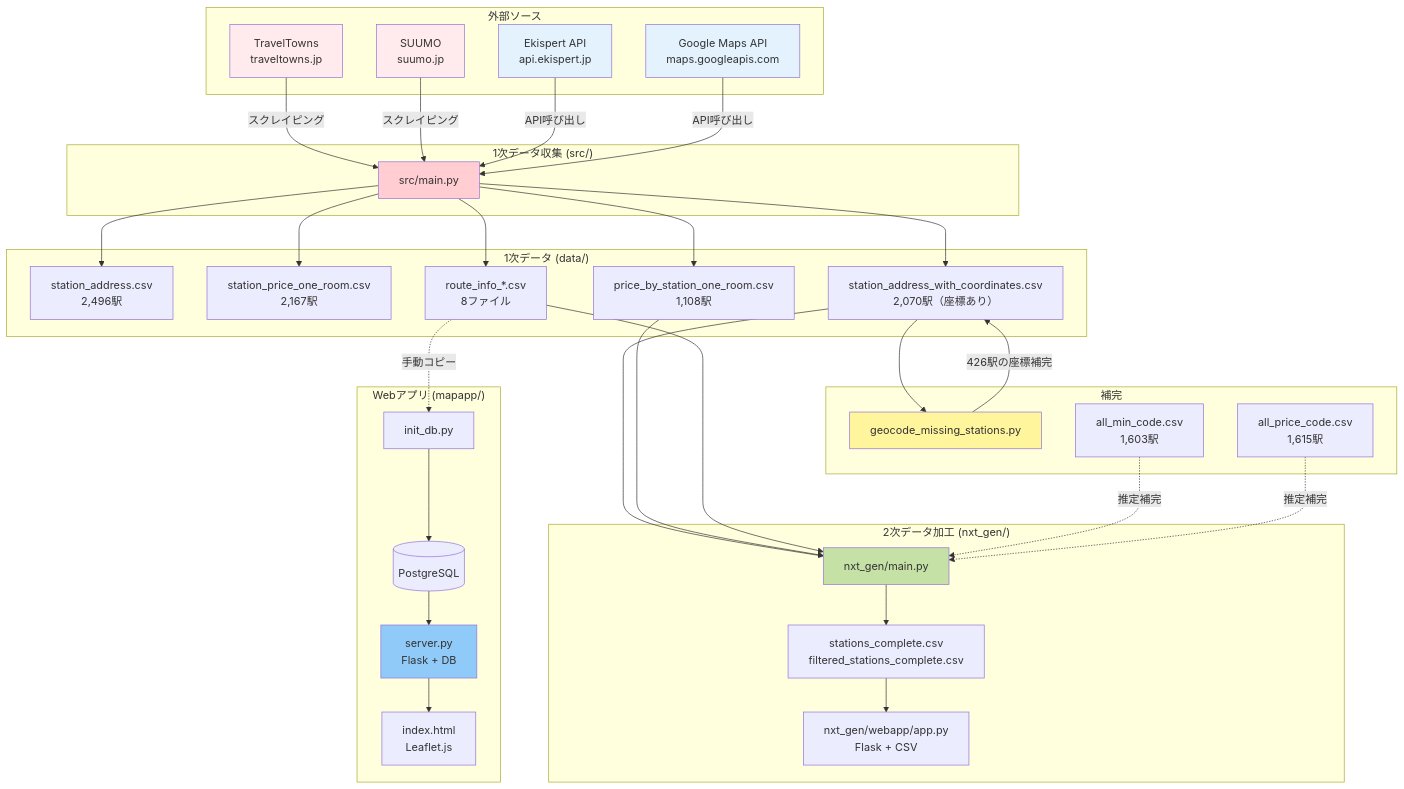
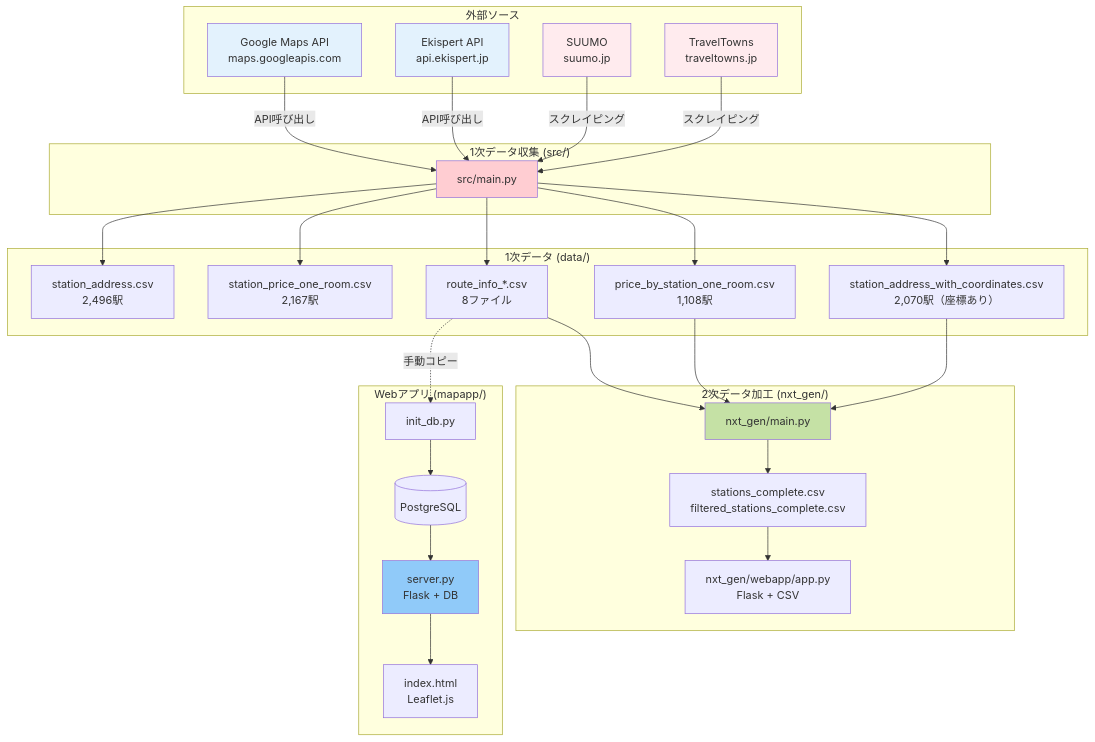
Before and after one commit to masa350z/stationscraper: the fifth of 5 diagrams in PROJECT_OVERVIEW.md, drawn with Mermaid. The commit also changed other lines of this file and 23 other files, not shown here.

````diff
--- a/PROJECT_OVERVIEW.md
+++ b/PROJECT_OVERVIEW.md
@@ -629,77 +504,65 @@
 ```mermaid
 flowchart TB
     subgraph "外部ソース"
         WEB1[TravelTowns<br/>traveltowns.jp]
         WEB2[SUUMO<br/>suumo.jp]
         API1[Ekispert API<br/>api.ekispert.jp]
         API2[Google Maps API<br/>maps.googleapis.com]
     end
 
     subgraph "1次データ収集 (src/)"
         SRC_MAIN[src/main.py]
     end
 
     subgraph "1次データ (data/)"
         CSV1[station_address.csv<br/>2,496駅]
         CSV2[station_price_one_room.csv<br/>2,167駅]
         CSV3[price_by_station_one_room.csv<br/>1,108駅]
         CSV4[route_info_*.csv<br/>8ファイル]
         CSV5[station_address_with_coordinates.csv<br/>2,070駅（座標あり）]
-    end
-
-    subgraph "補完"
-        SCRIPT[geocode_missing_stations.py]
-        FALL1[all_min_code.csv<br/>1,603駅]
-        FALL2[all_price_code.csv<br/>1,615駅]
     end
 
     subgraph "2次データ加工 (nxt_gen/)"
         NXT_MAIN[nxt_gen/main.py]
         NXT_DATA[stations_complete.csv<br/>filtered_stations_complete.csv]
         NXT_APP[nxt_gen/webapp/app.py<br/>Flask + CSV]
     end
 
     subgraph "Webアプリ (mapapp/)"
         MAP_INIT[init_db.py]
         MAP_DB[(PostgreSQL)]
         MAP_APP[server.py<br/>Flask + DB]
         MAP_FRONT[index.html<br/>Leaflet.js]
     end
 
     WEB1 -->|スクレイピング| SRC_MAIN
     WEB2 -->|スクレイピング| SRC_MAIN
     API1 -->|API呼び出し| SRC_MAIN
     API2 -->|API呼び出し| SRC_MAIN
 
     SRC_MAIN --> CSV1
     SRC_MAIN --> CSV2
     SRC_MAIN --> CSV3
     SRC_MAIN --> CSV4
     SRC_MAIN --> CSV5
 
-    CSV5 --> SCRIPT
-    SCRIPT -->|426駅の座標補完| CSV5
-
     CSV5 --> NXT_MAIN
     CSV3 --> NXT_MAIN
     CSV4 --> NXT_MAIN
-    FALL1 -.推定補完.-> NXT_MAIN
-    FALL2 -.推定補完.-> NXT_MAIN
 
     NXT_MAIN --> NXT_DATA
     NXT_DATA --> NXT_APP
 
     CSV4 -.手動コピー.-> MAP_INIT
     MAP_INIT --> MAP_DB
     MAP_DB --> MAP_APP
     MAP_APP --> MAP_FRONT
 
     style WEB1 fill:#ffebee
     style WEB2 fill:#ffebee
     style API1 fill:#e3f2fd
     style API2 fill:#e3f2fd
     style SRC_MAIN fill:#ffcdd2
     style NXT_MAIN fill:#c5e1a5
     style MAP_APP fill:#90caf9
-    style SCRIPT fill:#fff59d
 ```
````
